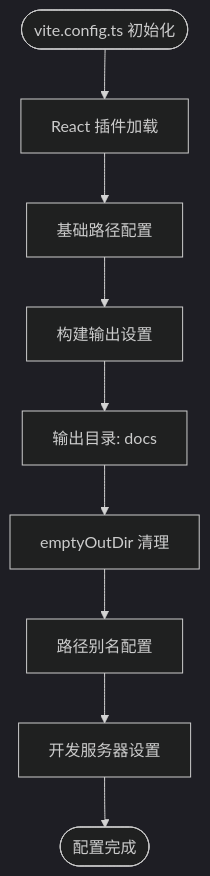
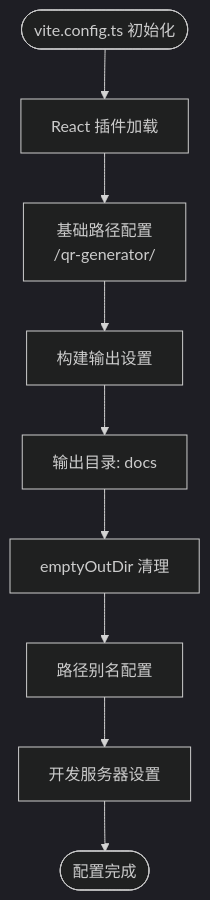
The second of 5 diagrams in .qoder/repowiki/zh/content/配置系统/构建配置.md (JadeXusq/qr-generator), drawn with Mermaid (dark theme) before and after one commit. The commit also changed other lines of this file and 2 other files, not shown here.

First line of the commit message:
docs(deploy): 更新GitHub Pages基础路径为/qr-generator/

````diff
--- a/.qoder/repowiki/zh/content/配置系统/构建配置.md
+++ b/.qoder/repowiki/zh/content/配置系统/构建配置.md
@@ -103,11 +103,11 @@
 ```mermaid
 flowchart TD
 Start(["vite.config.ts 初始化"]) --> Plugins["React 插件加载"]
-Plugins --> Base["基础路径配置"]
+Plugins --> Base["基础路径配置<br/>/qr-generator/"]
 Base --> Build["构建输出设置"]
 Build --> OutDir["输出目录: docs"]
 OutDir --> Clean["emptyOutDir 清理"]
 Clean --> Alias["路径别名配置"]
 Alias --> DevServer["开发服务器设置"]
 DevServer --> End(["配置完成"])
 ```
````
